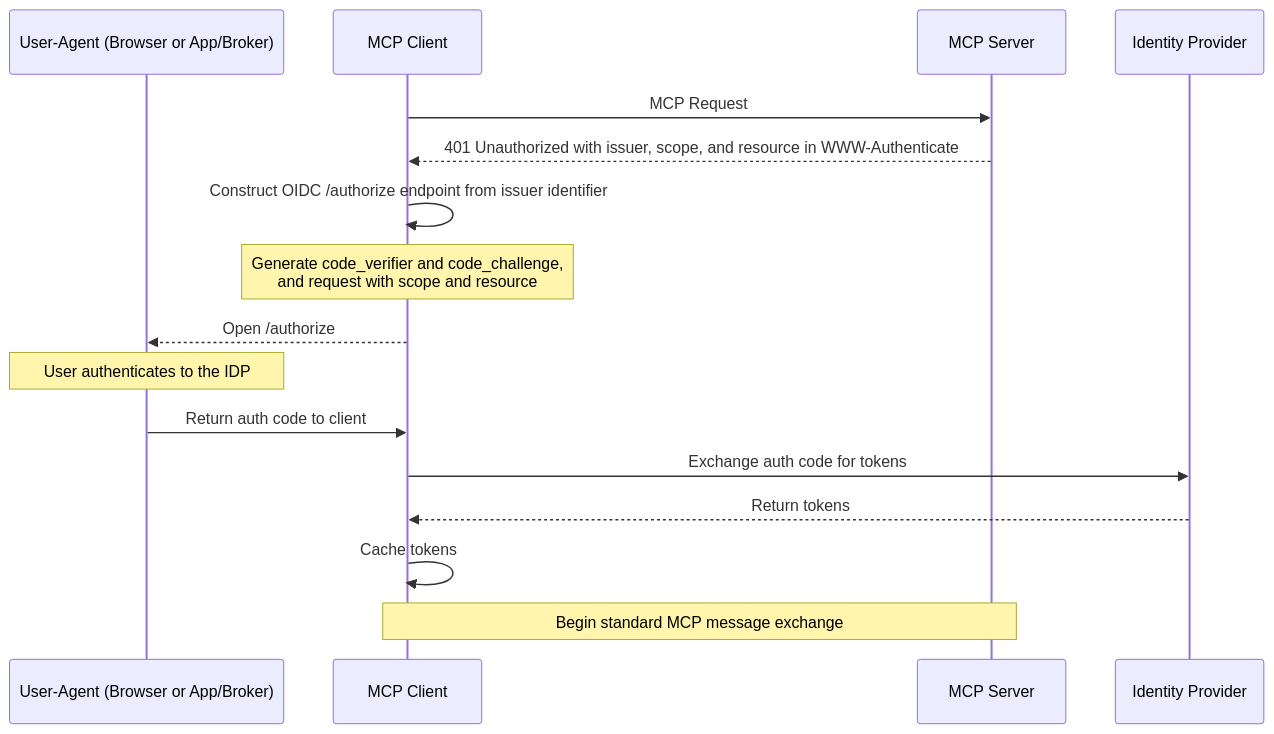
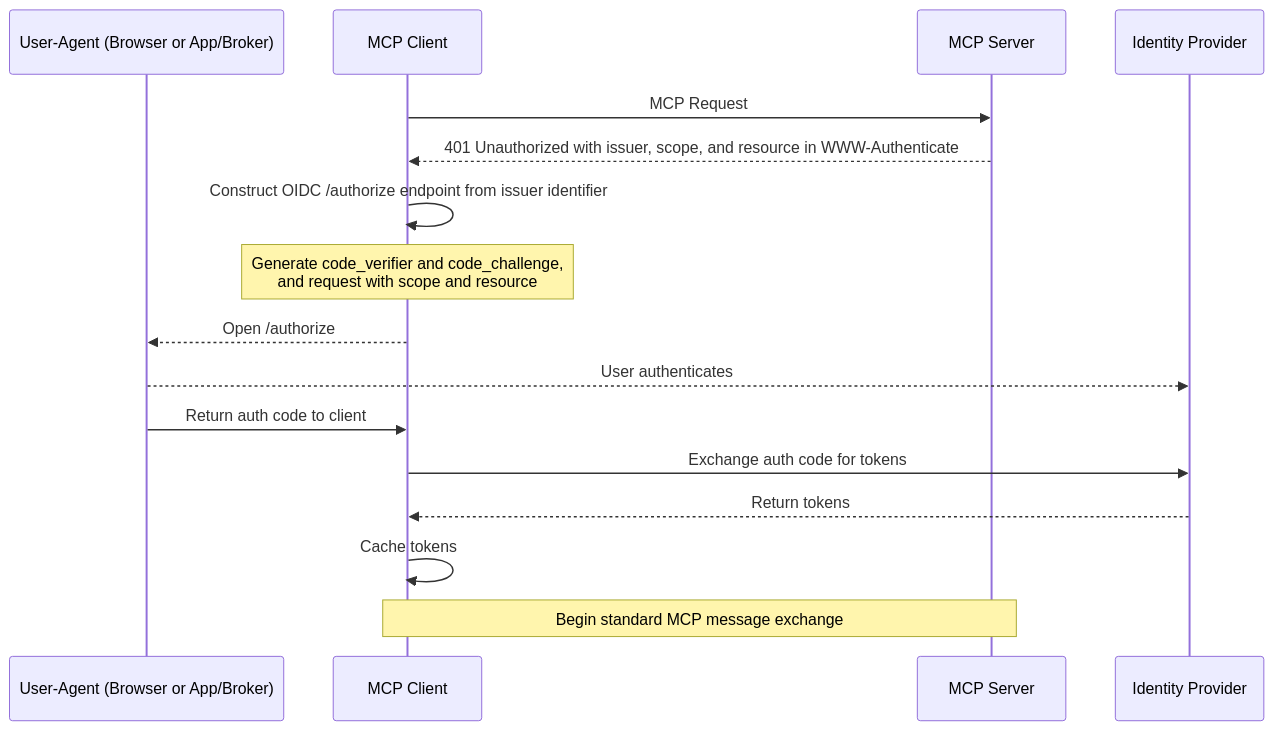
One commit to pcarleton/specification changed the first of 5 diagrams in docs/specification/2025-03-26/basic/authorization.md. Above: the diagram before and after it, drawn with Mermaid.

````diff
--- a/docs/specification/2025-03-26/basic/authorization.md
+++ b/docs/specification/2025-03-26/basic/authorization.md
@@ -126,19 +126,19 @@
 ```mermaid
 sequenceDiagram
     participant UA as User-Agent (Browser or App/Broker)
     participant MC as MCP Client
     participant MS as MCP Server
     participant IDP as Identity Provider
 
     MC->>MS: MCP Request
     MS-->>MC: 401 Unauthorized with issuer, scope, and resource in WWW-Authenticate
     MC->>MC: Construct OIDC /authorize endpoint from issuer identifier
     Note over MC: Generate code_verifier and code_challenge,<br/>and request with scope and resource
     MC-->>UA: Open /authorize
-    Note over UA: User authenticates to the IDP
+    UA-->>IDP: User authenticates
     UA->>MC: Return auth code to client
     MC->>IDP: Exchange auth code for tokens
     IDP-->>MC: Return tokens
     MC->>MC: Cache tokens
     Note over MC, MS: Begin standard MCP message exchange
 ```
````
